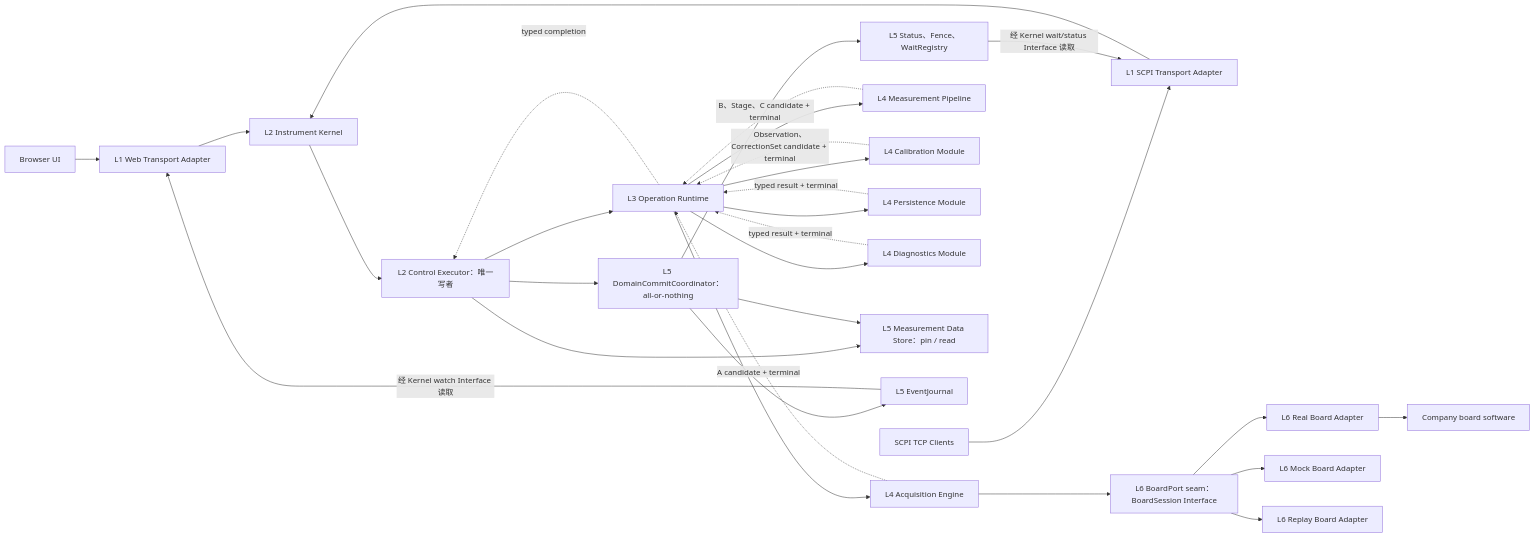
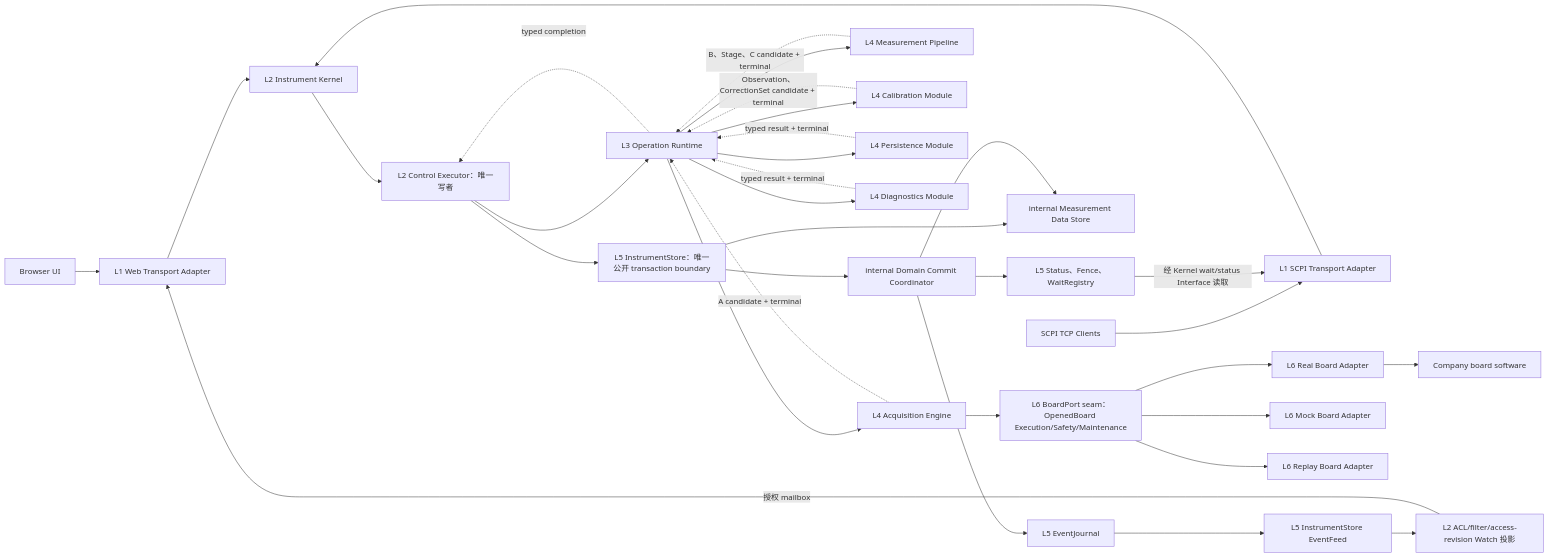
The first of 5 diagrams in docs/design/system-architecture.md (aniping/VNA), drawn with Mermaid before and after one commit. The commit also changed other lines of this file and 12 other files, not shown here.

````diff
--- a/docs/design/system-architecture.md
+++ b/docs/design/system-architecture.md
@@ -75,32 +75,35 @@
 ```mermaid
 flowchart LR
     Browser["Browser UI"] --> Web["L1 Web Transport Adapter"]
     ScpiClient["SCPI TCP Clients"] --> SCPI["L1 SCPI Transport Adapter"]
     Web --> Kernel["L2 Instrument Kernel"]
     SCPI --> Kernel
     Kernel --> Control["L2 Control Executor：唯一写者"]
     Control --> Runtime["L3 Operation Runtime"]
     Runtime --> Acquisition["L4 Acquisition Engine"]
     Runtime --> Pipeline["L4 Measurement Pipeline"]
     Runtime --> Calibration["L4 Calibration Module"]
     Runtime --> Persistence["L4 Persistence Module"]
     Runtime --> Diagnostics["L4 Diagnostics Module"]
     Acquisition -.->|"A candidate + terminal"| Runtime
     Pipeline -.->|"B、Stage、C candidate + terminal"| Runtime
     Calibration -.->|"Observation、CorrectionSet candidate + terminal"| Runtime
     Persistence -.->|"typed result + terminal"| Runtime
     Diagnostics -.->|"typed result + terminal"| Runtime
     Runtime -.->|"typed completion"| Control
-    Control --> DataStore["L5 Measurement Data Store：pin / read"]
-    Control --> Commit["L5 DomainCommitCoordinator：all-or-nothing"]
+    Control --> Store["L5 InstrumentStore：唯一公开 transaction boundary"]
+    Store --> DataStore["internal Measurement Data Store"]
+    Store --> Commit["internal Domain Commit Coordinator"]
     Commit --> DataStore
-    Acquisition --> BoardPort["L6 BoardPort seam：BoardSession Interface"]
+    Acquisition --> BoardPort["L6 BoardPort seam：OpenedBoard Execution/Safety/Maintenance"]
     BoardPort --> Real["L6 Real Board Adapter"]
     BoardPort --> Mock["L6 Mock Board Adapter"]
     BoardPort --> Replay["L6 Replay Board Adapter"]
     Real --> Bottom["Company board software"]
     Commit --> Events["L5 EventJournal"]
     Commit --> Wait["L5 Status、Fence、WaitRegistry"]
-    Events -->|"经 Kernel watch Interface 读取"| Web
+    Events --> Feed["L5 InstrumentStore EventFeed"]
+    Feed --> Watch["L2 ACL/filter/access-revision Watch 投影"]
+    Watch -->|"授权 mailbox"| Web
     Wait -->|"经 Kernel wait/status Interface 读取"| SCPI
 ```
````
